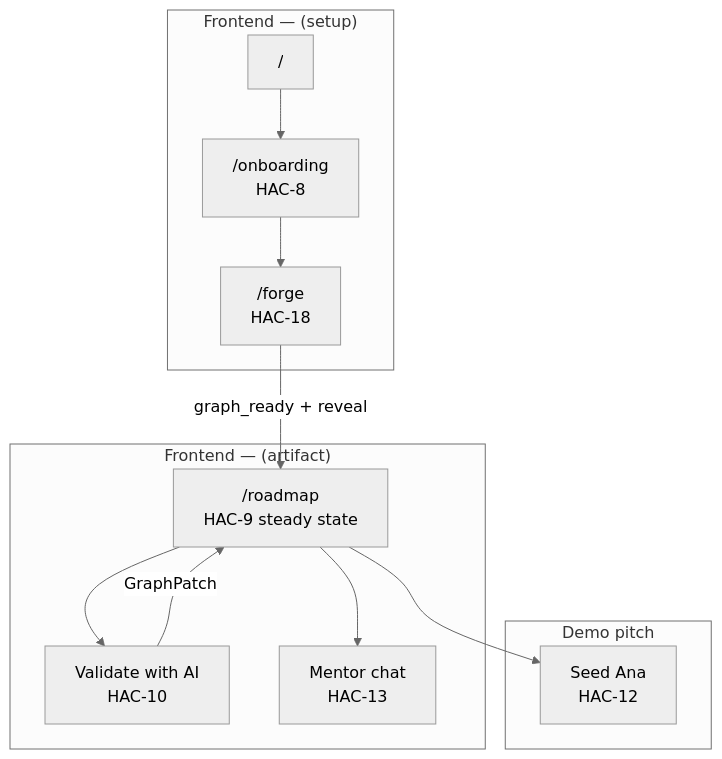
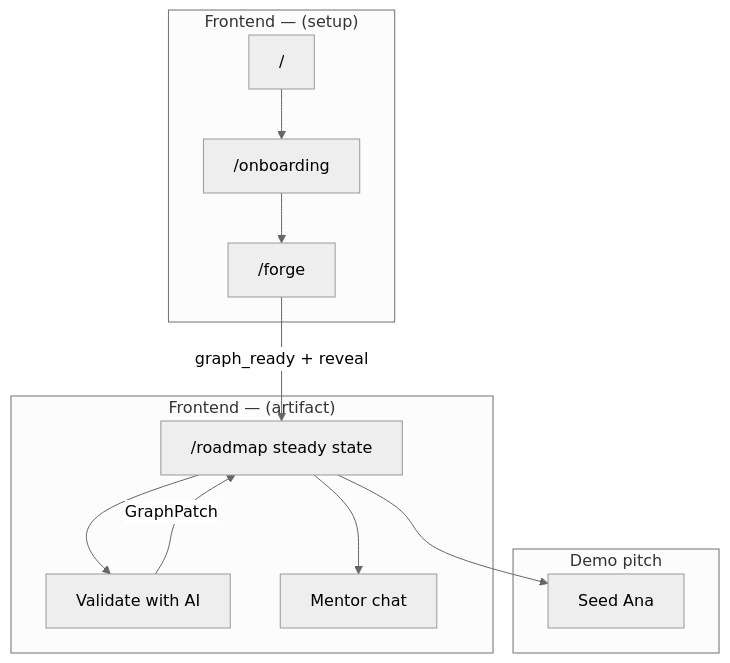
The first of 3 diagrams in docs/engineering/EXECUTION-FLOW.md (BorderlessCodingHub/career-forge-v2), drawn with Mermaid (neutral theme) before and after one commit. The commit also changed other lines of this file and 41 other files, not shown here.

````diff
--- a/docs/engineering/EXECUTION-FLOW.md
+++ b/docs/engineering/EXECUTION-FLOW.md
@@ -42,25 +42,25 @@
 ```mermaid
 flowchart TB
-    subgraph SETUP["Frontend — (setup)"]
-        HOME["/"]
-        ONB["/onboarding<br/>HAC-8"]
-        FORGE["/forge<br/>HAC-18"]
-        HOME --> ONB --> FORGE
-    end
+ subgraph SETUP["Frontend — (setup)"]
+ HOME["/"]
+ ONB["/onboarding"]
+ FORGE["/forge"]
+ HOME --> ONB --> FORGE
+ end
 
-    subgraph ARTIFACT["Frontend — (artifact)"]
-        ROAD["/roadmap<br/>HAC-9 steady state"]
-        VAL_UI["Validate with AI<br/>HAC-10"]
-        MENTOR_UI["Mentor chat<br/>HAC-13"]
-        ROAD --> VAL_UI
-        ROAD --> MENTOR_UI
-    end
+ subgraph ARTIFACT["Frontend — (artifact)"]
+ ROAD["/roadmap steady state"]
+ VAL_UI["Validate with AI"]
+ MENTOR_UI["Mentor chat"]
+ ROAD --> VAL_UI
+ ROAD --> MENTOR_UI
+ end
 
-    FORGE -->|"graph_ready + reveal"| ROAD
-    VAL_UI -->|"GraphPatch"| ROAD
+ FORGE -->|"graph_ready + reveal"| ROAD
+ VAL_UI -->|"GraphPatch"| ROAD
 
-    subgraph DEMO["Demo pitch"]
-        ANA["Seed Ana<br/>HAC-12"]
-    end
-    ROAD --> ANA
+ subgraph DEMO["Demo pitch"]
+ ANA["Seed Ana"]
+ end
+ ROAD --> ANA
 ```
````
